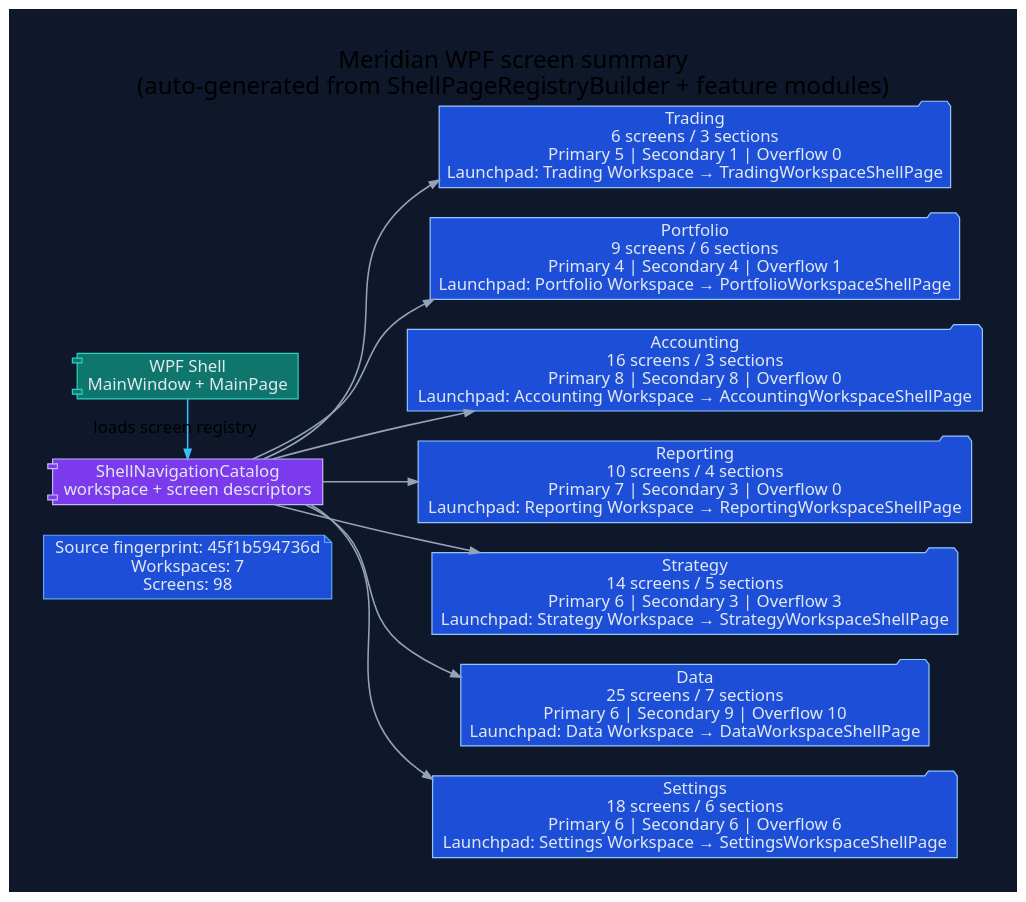
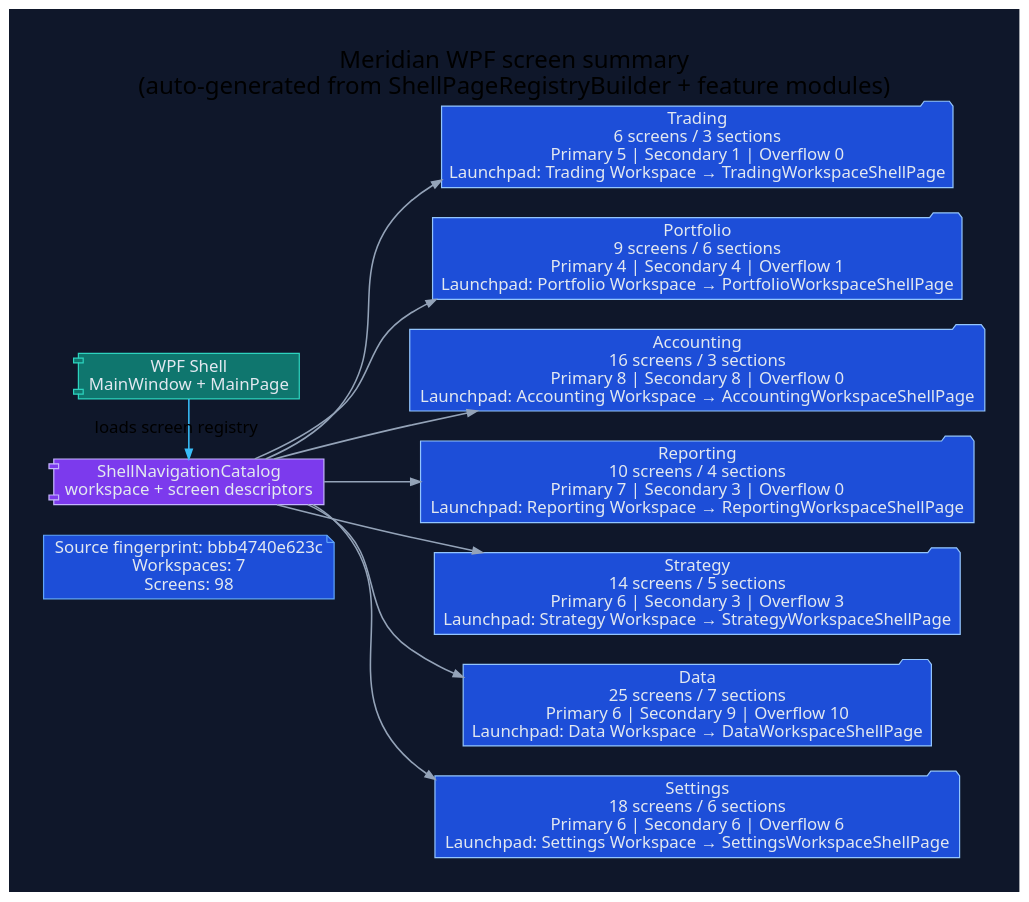
Before and after one commit to rodoHasArrived/Meridian-main: the diagram in docs/diagrams/ui/ui-wpf-screen-summary.dot, drawn with Graphviz. The commit also changed 47 other files, not shown here.

First line of the commit message:
Regenerate docs and UI diagrams for the follow-up changes

```diff
--- a/docs/diagrams/ui/ui-wpf-screen-summary.dot
+++ b/docs/diagrams/ui/ui-wpf-screen-summary.dot
@@ -1,42 +1,42 @@
 // -----------------------------------------------------------------------------
 // <auto-generated>
 // Generated by scripts/generate-diagrams.mjs.
 // Do not edit this file directly; update the WPF source files instead.
 // -----------------------------------------------------------------------------
 digraph WpfScreenSummary {
   graph [
     rankdir=LR,
     labelloc=t,
     label="Meridian WPF screen summary\n(auto-generated from ShellPageRegistryBuilder + feature modules)",
     fontname="Segoe UI",
     fontsize=20,
     pad=0.4,
     nodesep=0.35,
     ranksep=0.85,
     bgcolor="#0f172a"
   ];
   node [fontname="Segoe UI", shape=box, style="rounded,filled", color="#475569", fontcolor="#e2e8f0", fillcolor="#1e293b"];
   edge [fontname="Segoe UI", color="#94a3b8", penwidth=1.3, arrowsize=0.8];
 
-  generated [shape=note, fillcolor="#1d4ed8", color="#60a5fa", label="Source fingerprint: 45f1b594736d\nWorkspaces: 7\nScreens: 98"];
+  generated [shape=note, fillcolor="#1d4ed8", color="#60a5fa", label="Source fingerprint: bbb4740e623c\nWorkspaces: 7\nScreens: 98"];
   shell [shape=component, fillcolor="#0f766e", color="#2dd4bf", label="WPF Shell\nMainWindow + MainPage"];
   catalog [shape=component, fillcolor="#7c3aed", color="#c4b5fd", label="ShellNavigationCatalog\nworkspace + screen descriptors"];
   shell -> catalog [label="loads screen registry", color="#38bdf8"];
 
   workspace_1 [shape=folder, fillcolor="#1d4ed8", color="#93c5fd", label="Trading\n6 screens / 3 sections\nPrimary 5 | Secondary 1 | Overflow 0\nLaunchpad: Trading Workspace → TradingWorkspaceShellPage"];
   catalog -> workspace_1;
   workspace_2 [shape=folder, fillcolor="#1d4ed8", color="#93c5fd", label="Portfolio\n9 screens / 6 sections\nPrimary 4 | Secondary 4 | Overflow 1\nLaunchpad: Portfolio Workspace → PortfolioWorkspaceShellPage"];
   catalog -> workspace_2;
   workspace_3 [shape=folder, fillcolor="#1d4ed8", color="#93c5fd", label="Accounting\n16 screens / 3 sections\nPrimary 8 | Secondary 8 | Overflow 0\nLaunchpad: Accounting Workspace → AccountingWorkspaceShellPage"];
   catalog -> workspace_3;
   workspace_4 [shape=folder, fillcolor="#1d4ed8", color="#93c5fd", label="Reporting\n10 screens / 4 sections\nPrimary 7 | Secondary 3 | Overflow 0\nLaunchpad: Reporting Workspace → ReportingWorkspaceShellPage"];
   catalog -> workspace_4;
   workspace_5 [shape=folder, fillcolor="#1d4ed8", color="#93c5fd", label="Strategy\n14 screens / 5 sections\nPrimary 6 | Secondary 3 | Overflow 3\nLaunchpad: Strategy Workspace → StrategyWorkspaceShellPage"];
   catalog -> workspace_5;
   workspace_6 [shape=folder, fillcolor="#1d4ed8", color="#93c5fd", label="Data\n25 screens / 7 sections\nPrimary 6 | Secondary 9 | Overflow 10\nLaunchpad: Data Workspace → DataWorkspaceShellPage"];
   catalog -> workspace_6;
   workspace_7 [shape=folder, fillcolor="#1d4ed8", color="#93c5fd", label="Settings\n18 screens / 6 sections\nPrimary 6 | Secondary 6 | Overflow 6\nLaunchpad: Settings Workspace → SettingsWorkspaceShellPage"];
   catalog -> workspace_7;
 
   { rank=min; generated; shell; catalog; }
 }
```
